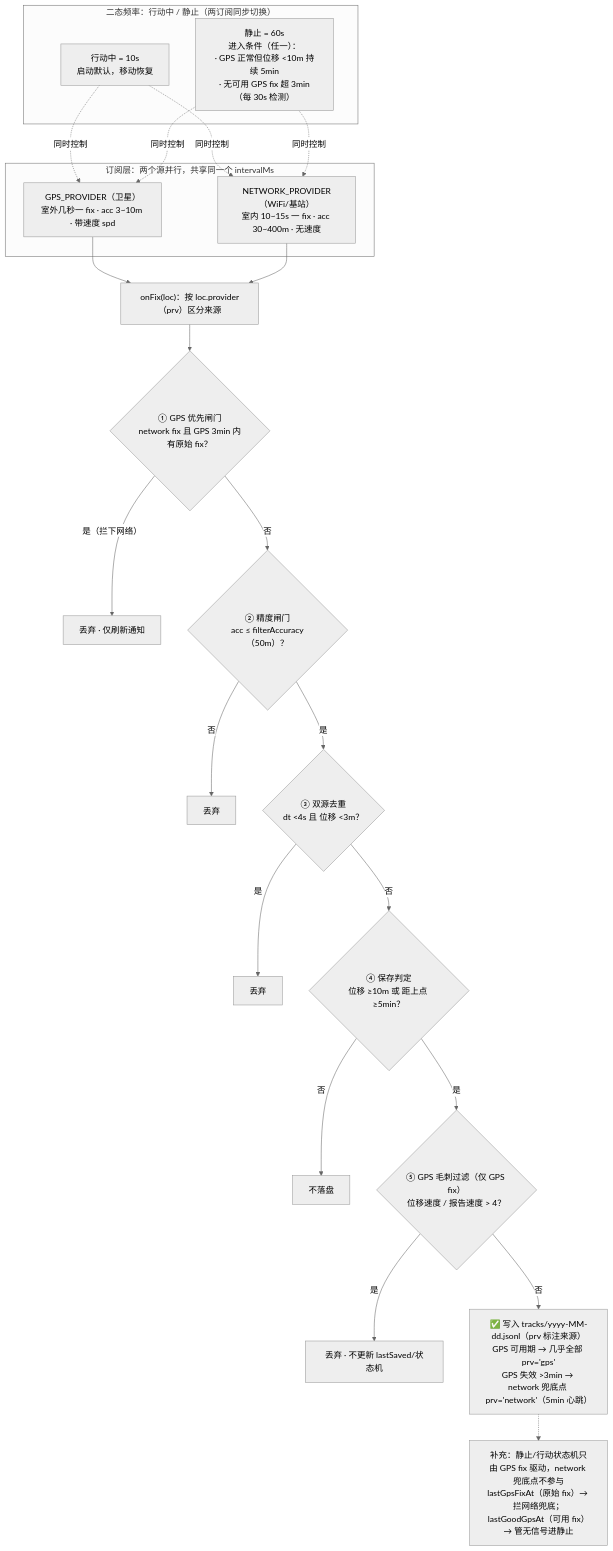
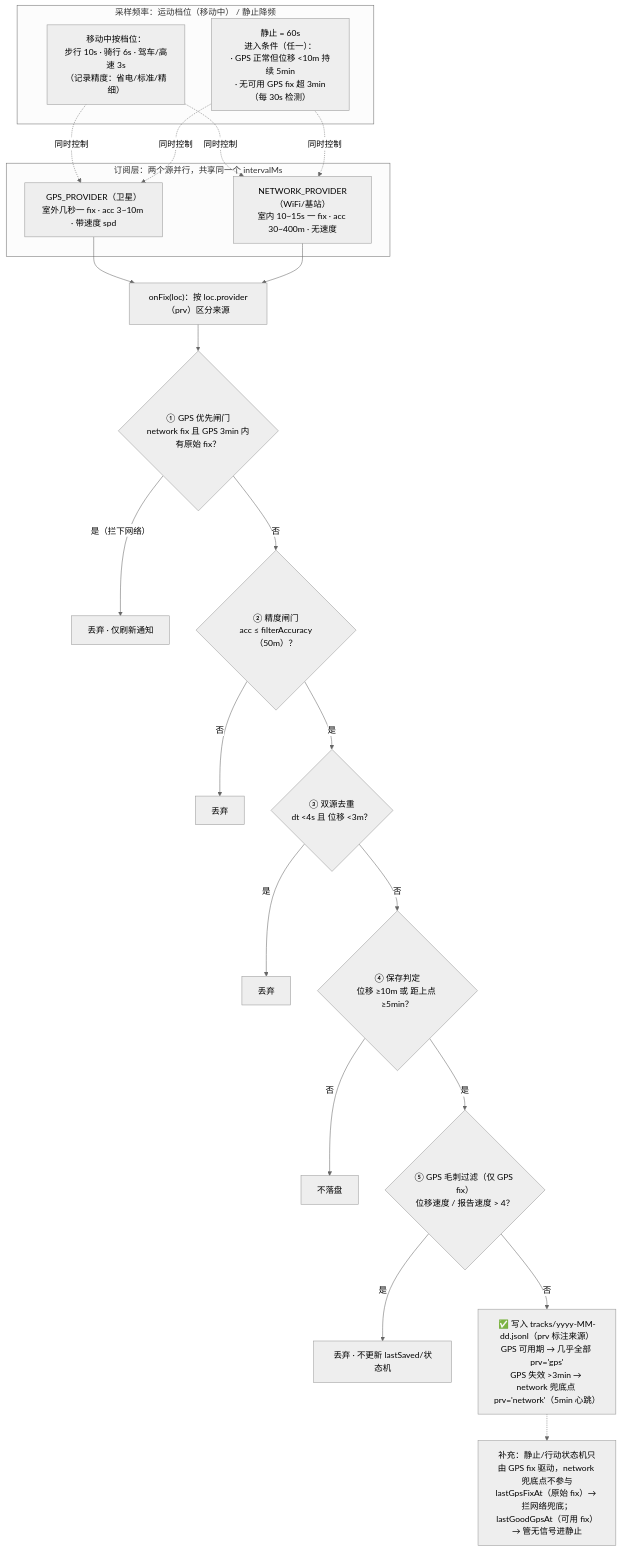
One commit to wuhulamb/tracker-app changed the diagram in README.md. Above: the diagram before and after it, drawn with Mermaid (neutral theme). The commit also changed other lines of this file and 5 other files, not shown here.

````diff
--- a/README.md
+++ b/README.md
@@ -115,34 +115,34 @@
 ```mermaid
 flowchart TD
     subgraph S1["订阅层：两个源并行，共享同一个 intervalMs"]
         GPS["GPS_PROVIDER（卫星）<br/>室外几秒一 fix · acc 3~10m · 带速度 spd"]
         NET["NETWORK_PROVIDER（WiFi/基站）<br/>室内 10~15s 一 fix · acc 30~400m · 无速度"]
     end
 
-    subgraph S2["二态频率：行动中 / 静止（两订阅同步切换）"]
-        A1["行动中 = 10s<br/>启动默认，移动恢复"]
+    subgraph S2["采样频率：运动档位（移动中） / 静止降频"]
+        A1["移动中按档位：<br/>步行 10s · 骑行 6s · 驾车/高速 3s<br/>（记录精度：省电/标准/精细）"]
         A2["静止 = 60s<br/>进入条件（任一）：<br/>· GPS 正常但位移 &lt;10m 持续 5min<br/>· 无可用 GPS fix 超 3min（每 30s 检测）"]
     end
 
     A1 -. 同时控制 .-> GPS
     A1 -. 同时控制 .-> NET
     A2 -. 同时控制 .-> GPS
     A2 -. 同时控制 .-> NET
 
     GPS --> ON["onFix(loc)：按 loc.provider（prv）区分来源"]
     NET --> ON
 
     ON --> G1{"① GPS 优先闸门<br/>network fix 且 GPS 3min 内有原始 fix？"}
     G1 -- 是（拦下网络） --> D1["丢弃 · 仅刷新通知"]
     G1 -- 否 --> G2{"② 精度闸门<br/>acc ≤ filterAccuracy（50m）？"}
     G2 -- 否 --> D2["丢弃"]
     G2 -- 是 --> G3{"③ 双源去重<br/>dt &lt;4s 且 位移 &lt;3m？"}
     G3 -- 是 --> D3["丢弃"]
     G3 -- 否 --> G4{"④ 保存判定<br/>位移 ≥10m 或 距上点 ≥5min？"}
     G4 -- 否 --> D4["不落盘"]
     G4 -- 是 --> M5{"⑤ GPS 毛刺过滤（仅 GPS fix）<br/>位移速度 / 报告速度 &gt; 4？"}
     M5 -- 是 --> D5["丢弃 · 不更新 lastSaved/状态机"]
     M5 -- 否 --> W["✅ 写入 tracks/yyyy-MM-dd.jsonl（prv 标注来源）<br/>GPS 可用期 → 几乎全部 prv='gps'<br/>GPS 失效 &gt;3min → network 兜底点 prv='network'（5min 心跳）"]
 
     W -.-> NOTE["补充：静止/行动状态机只由 GPS fix 驱动，network 兜底点不参与<br/>lastGpsFixAt（原始 fix）→ 拦网络兜底；lastGoodGpsAt（可用 fix）→ 管无信号进静止"]
 ```
````
